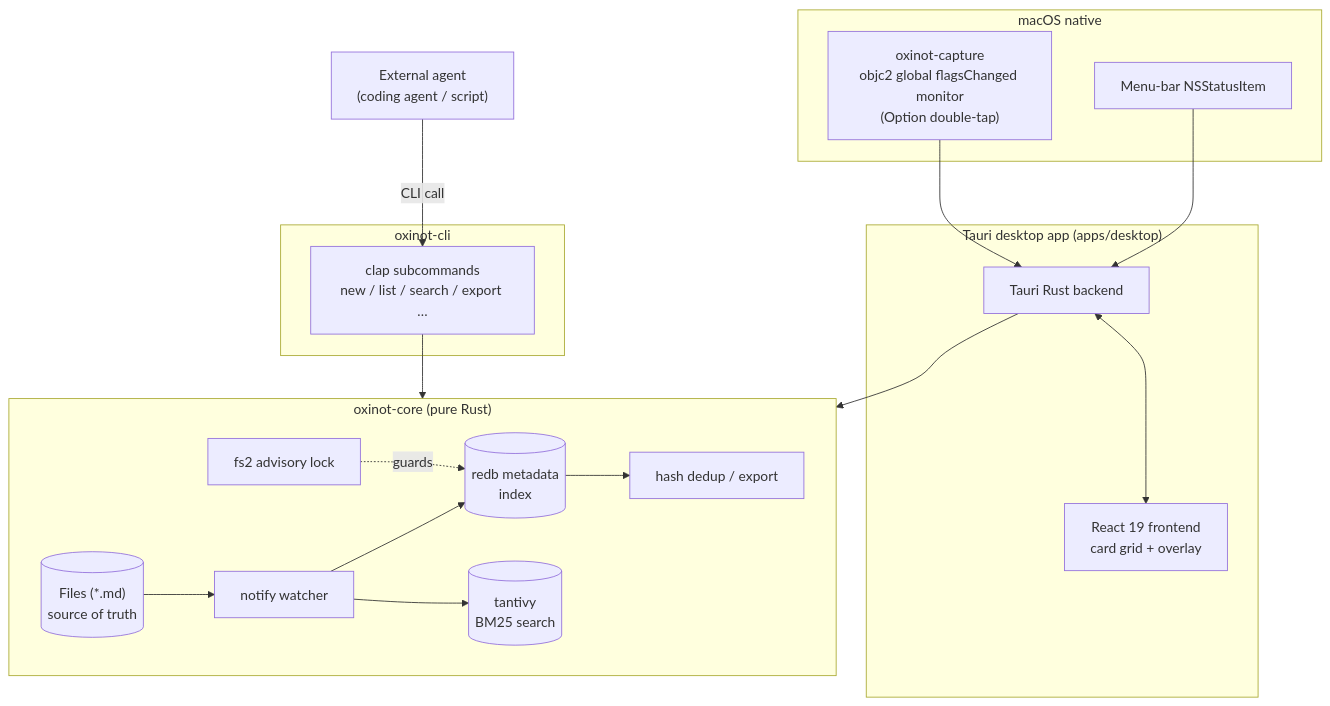
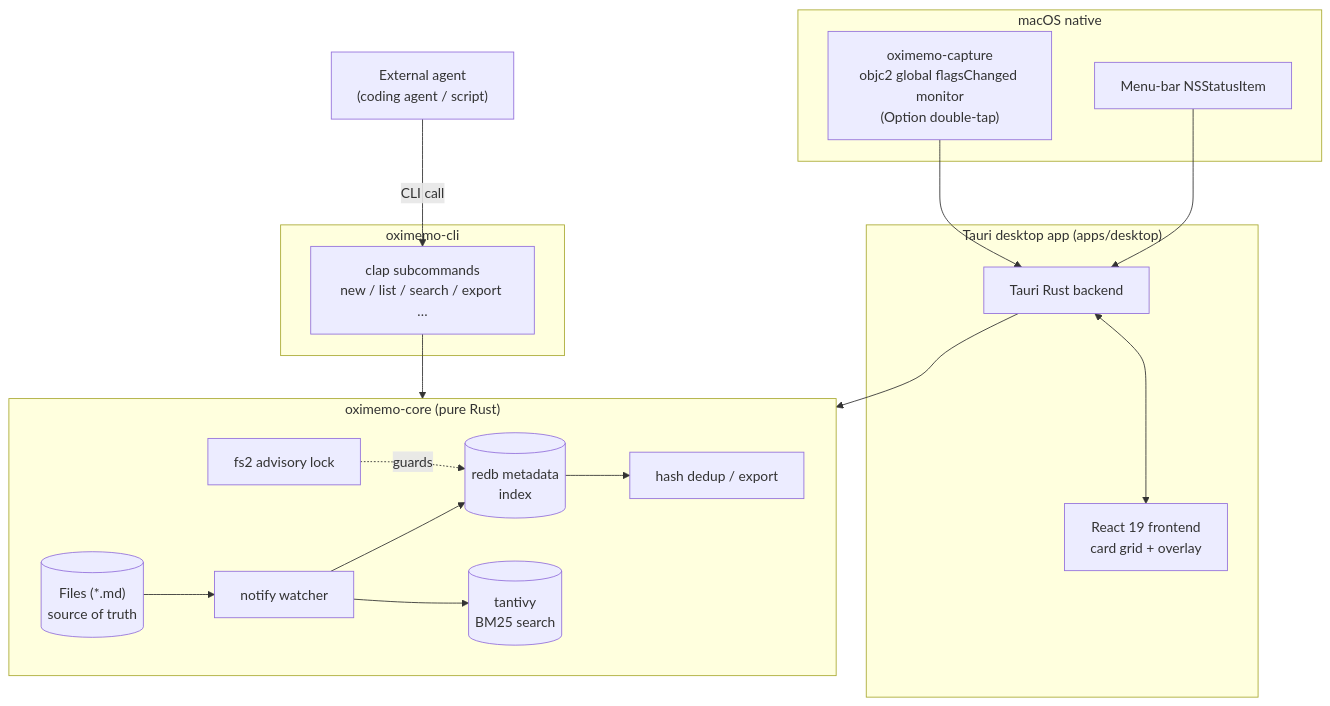
The diagram in README.md (project-oxi/oximemo), drawn with Mermaid before and after one commit. The commit also changed other lines of this file and 81 other files, not shown here.

First line of the commit message:
Rename: oxinot → oximemo (full project rebrand)

````diff
--- a/README.md
+++ b/README.md
@@ -172,34 +172,34 @@
 ```mermaid
 flowchart TB
     subgraph Native["macOS native"]
-        CAP["oxinot-capture\nobjc2 global flagsChanged monitor\n(Option double-tap)"]
+        CAP["oximemo-capture\nobjc2 global flagsChanged monitor\n(Option double-tap)"]
         MENU["Menu-bar NSStatusItem"]
     end
     subgraph App["Tauri desktop app (apps/desktop)"]
         RUST["Tauri Rust backend"]
         UI["React 19 frontend\ncard grid + overlay"]
     end
-    subgraph CLI["oxinot-cli"]
+    subgraph CLI["oximemo-cli"]
         BIN["clap subcommands\nnew / list / search / export …"]
     end
-    subgraph Core["oxinot-core (pure Rust)"]
+    subgraph Core["oximemo-core (pure Rust)"]
         FILES[("Files (*.md)\nsource of truth")]
         LOCK["fs2 advisory lock"]
         REDB[("redb metadata\nindex")]
         TANT[("tantivy\nBM25 search")]
         WATCH["notify watcher"]
         SYNC["hash dedup / export"]
     end
     AGENT["External agent\n(coding agent / script)"]
 
     CAP --> RUST
     MENU --> RUST
     RUST <--> UI
     RUST --> Core
     BIN --> Core
     FILES --> WATCH --> REDB
     WATCH --> TANT
     LOCK -. guards .-> REDB
     REDB --> SYNC
     AGENT -- "CLI call" --> BIN
 ```
````
